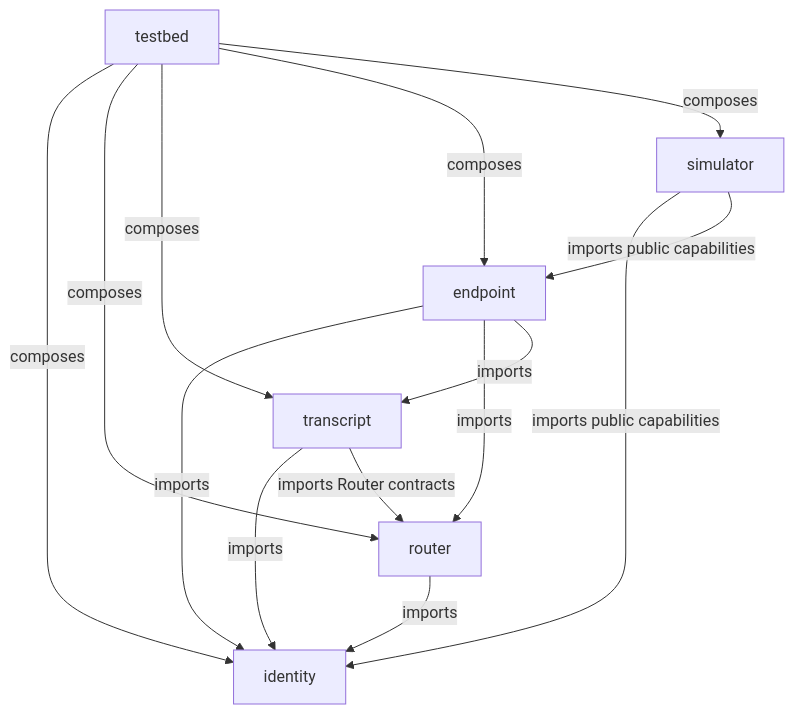
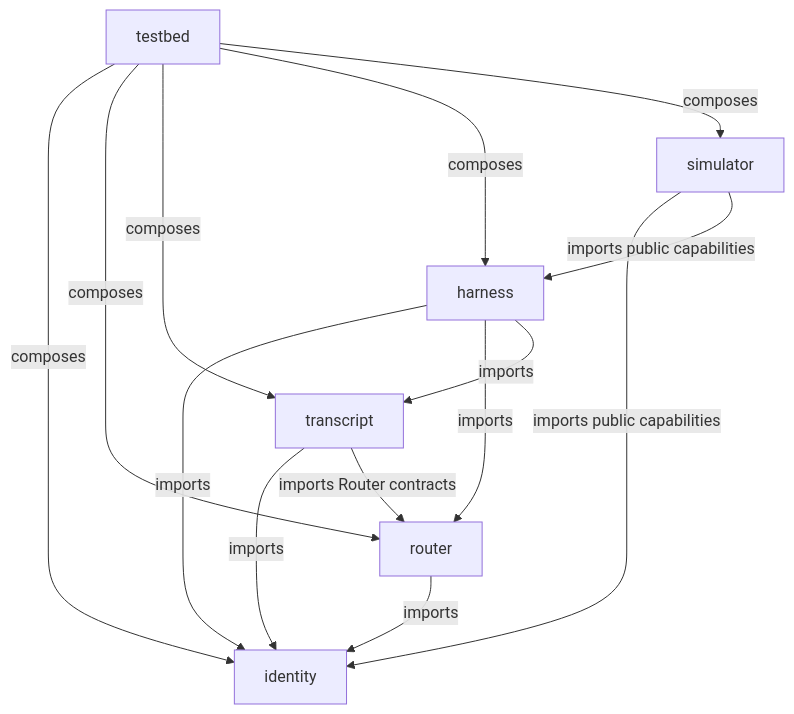
The second of 3 diagrams in docs/architecture/components.md (chughtapan/moltzap), drawn with Mermaid before and after one commit. The commit also changed other lines of this file and 42 other files, not shown here.

````diff
--- a/docs/architecture/components.md
+++ b/docs/architecture/components.md
@@ -99,23 +110,23 @@
 ```mermaid
 flowchart TB
   ID[identity]
   TR[router]
   TS[transcript]
-  EP[endpoint]
+  HA[harness]
   SI[simulator]
   TB[testbed]
 
   TR -- imports --> ID
   TS -- imports --> ID
   TS -- "imports Router contracts" --> TR
-  EP -- imports --> ID
-  EP -- imports --> TR
-  EP -- imports --> TS
+  HA -- imports --> ID
+  HA -- imports --> TR
+  HA -- imports --> TS
   SI -- "imports public capabilities" --> ID
-  SI -- "imports public capabilities" --> EP
+  SI -- "imports public capabilities" --> HA
   TB -- composes --> ID
   TB -- composes --> TR
   TB -- composes --> TS
-  TB -- composes --> EP
+  TB -- composes --> HA
   TB -- composes --> SI
 ```
````
